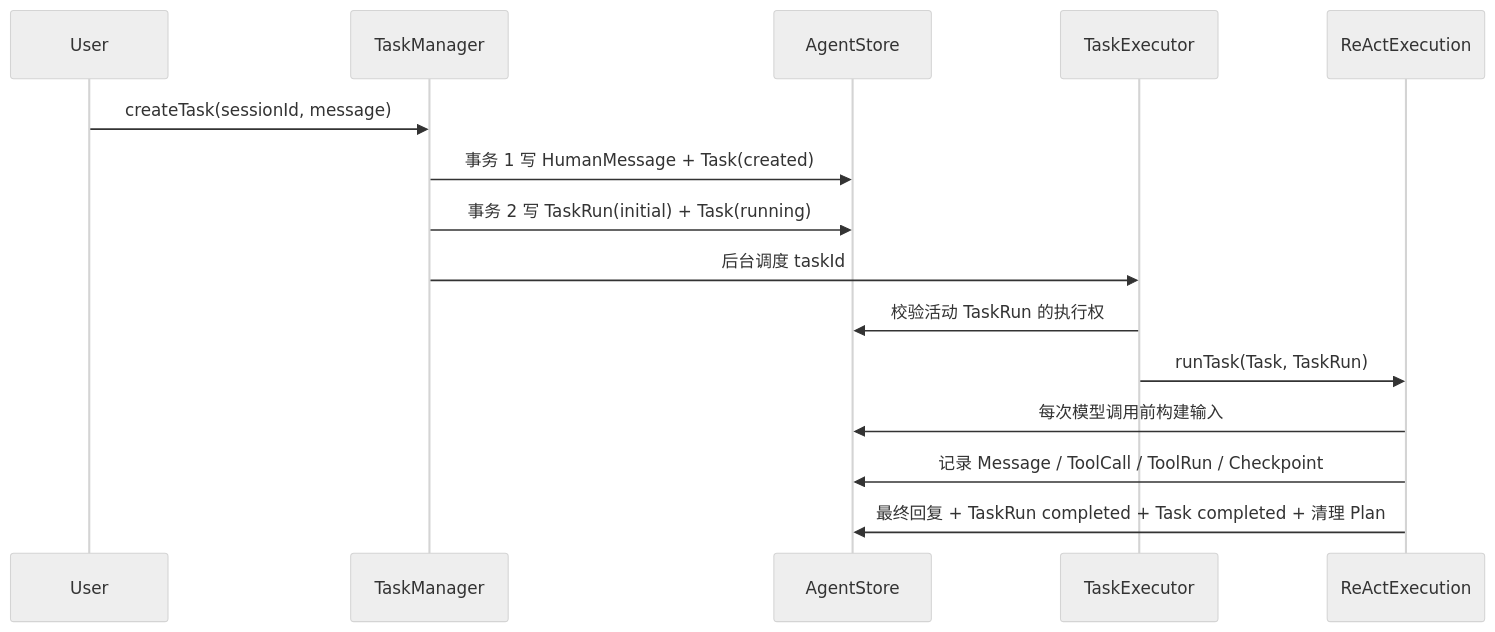
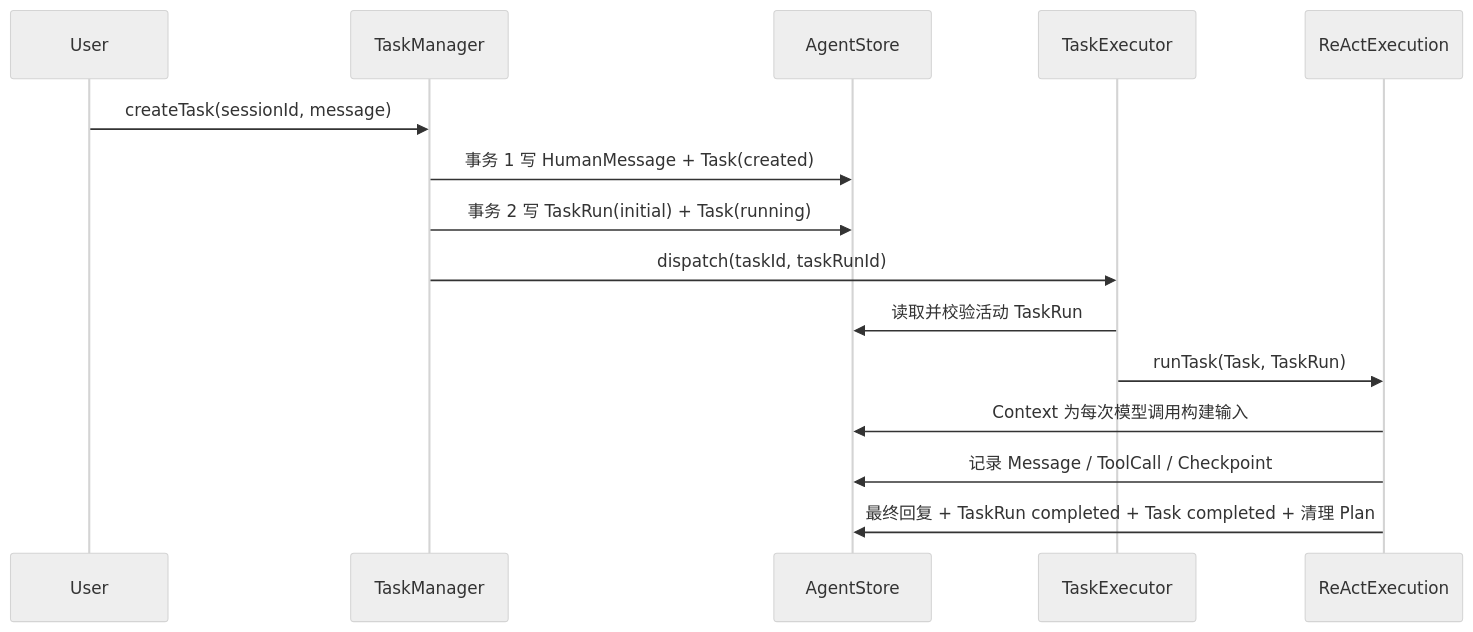
The diagram in docs/02-execution-recovery-and-hitl.md (lucyonegit/agent-runtime-v2), drawn with Mermaid (neutral theme) before and after one commit. The commit also changed other lines of this file and 37 other files, not shown here.

````diff
--- a/docs/02-execution-recovery-and-hitl.md
+++ b/docs/02-execution-recovery-and-hitl.md
@@ -5,18 +5,18 @@
 ```mermaid
 sequenceDiagram
     participant U as User
     participant M as TaskManager
     participant S as AgentStore
     participant E as TaskExecutor
     participant R as ReActExecution
 
     U->>M: createTask(sessionId, message)
     M->>S: 事务 1 写 HumanMessage + Task(created)
     M->>S: 事务 2 写 TaskRun(initial) + Task(running)
-    M->>E: 后台调度 taskId
-    E->>S: 校验活动 TaskRun 的执行权
+    M->>E: dispatch(taskId, taskRunId)
+    E->>S: 读取并校验活动 TaskRun
     E->>R: runTask(Task, TaskRun)
-    R->>S: 每次模型调用前构建输入
-    R->>S: 记录 Message / ToolCall / ToolRun / Checkpoint
+    R->>S: Context 为每次模型调用构建输入
+    R->>S: 记录 Message / ToolCall / Checkpoint
     R->>S: 最终回复 + TaskRun completed + Task completed + 清理 Plan
 ```
````
